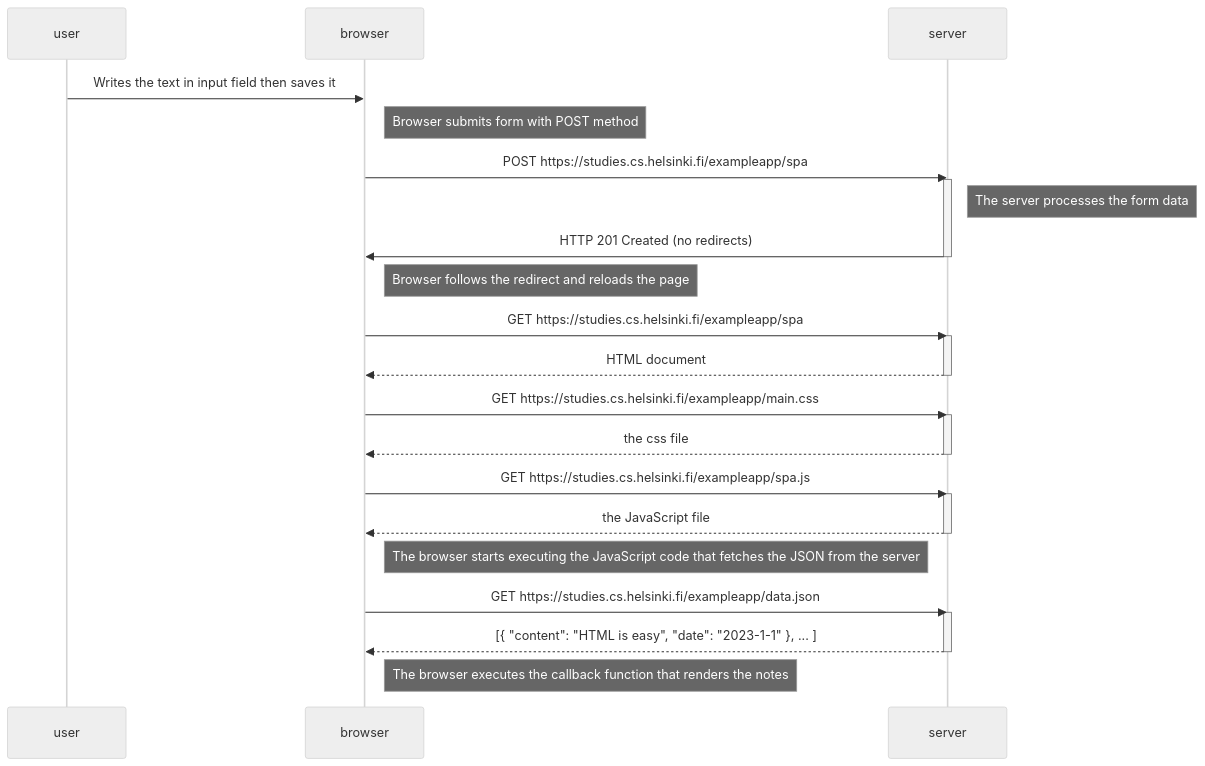
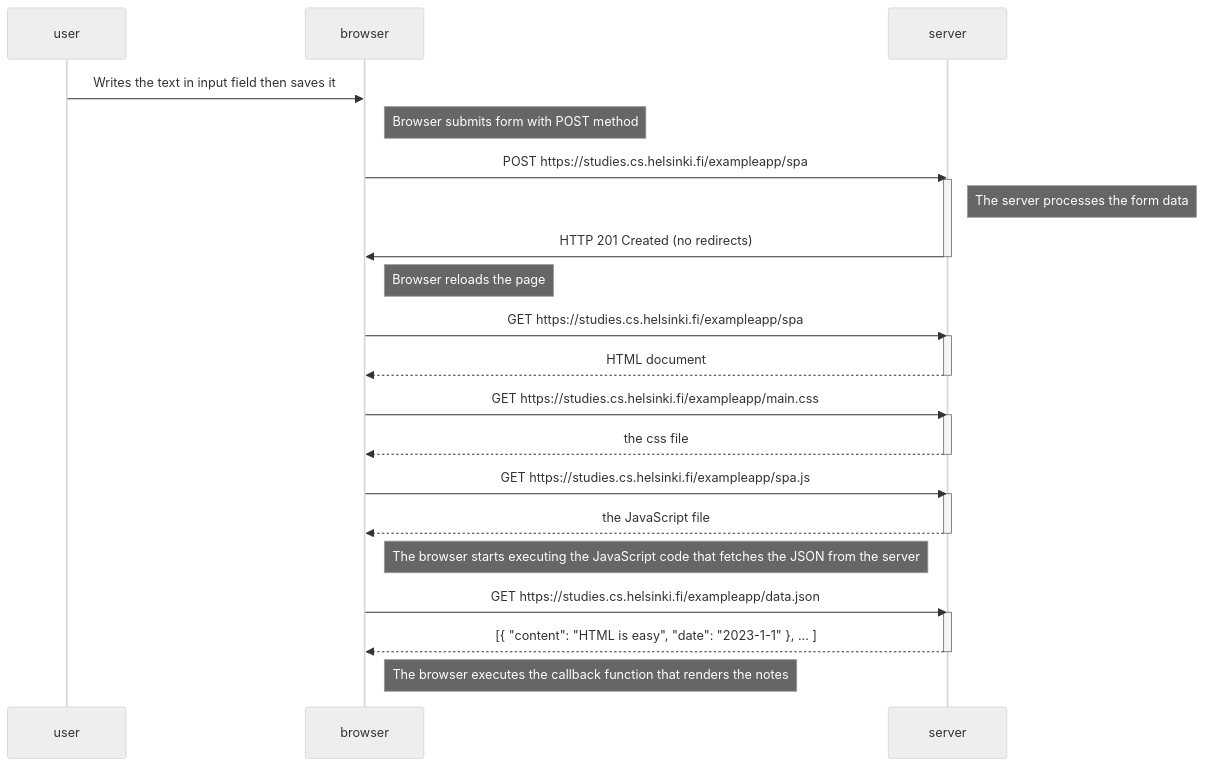
The diagram in part0/0.6-creating-new-note-in-spa.md (Ad0t/fullstackopen-solutions), drawn with Mermaid (neutral theme) before and after one commit. The commit also changed other lines of this file, not shown here.

Commit message:
exercise-0.6

````diff
--- a/part0/0.6-creating-new-note-in-spa.md
+++ b/part0/0.6-creating-new-note-in-spa.md
@@ -1,42 +2,42 @@
 ```mermaid
 sequenceDiagram
     participant user
     participant browser
     participant server
 
     user->>browser: Writes the text in input field then saves it
 
     Note right of browser: Browser submits form with POST method
     
     browser->>server: POST https://studies.cs.helsinki.fi/exampleapp/spa
     activate server
     Note right of server: The server processes the form data
     server->>browser: HTTP 201 Created (no redirects)
     deactivate server
-    Note right of browser: Browser follows the redirect and reloads the page
+    Note right of browser: Browser reloads the page
     
 
     browser->>server: GET https://studies.cs.helsinki.fi/exampleapp/spa
     activate server
     server-->>browser: HTML document
     deactivate server
 
     browser->>server: GET https://studies.cs.helsinki.fi/exampleapp/main.css
     activate server
     server-->>browser: the css file
     deactivate server
 
     browser->>server: GET https://studies.cs.helsinki.fi/exampleapp/spa.js
     activate server
     server-->>browser: the JavaScript file
     deactivate server
 
     Note right of browser: The browser starts executing the JavaScript code that fetches the JSON from the server
 
     browser->>server: GET https://studies.cs.helsinki.fi/exampleapp/data.json
     activate server
     server-->>browser: [{ "content": "HTML is easy", "date": "2023-1-1" }, ... ]
     deactivate server
 
     Note right of browser: The browser executes the callback function that renders the notes
 ```
````
